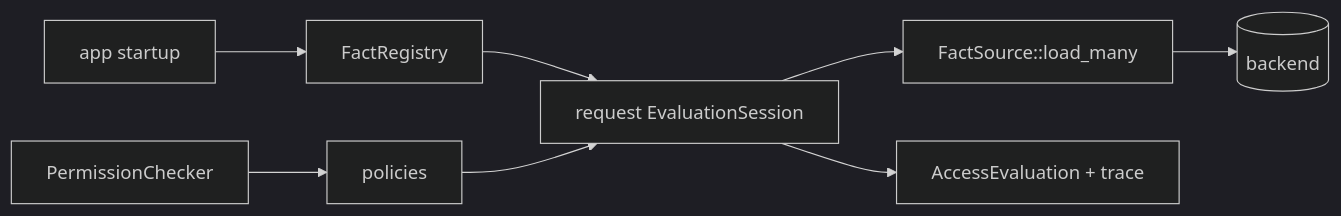
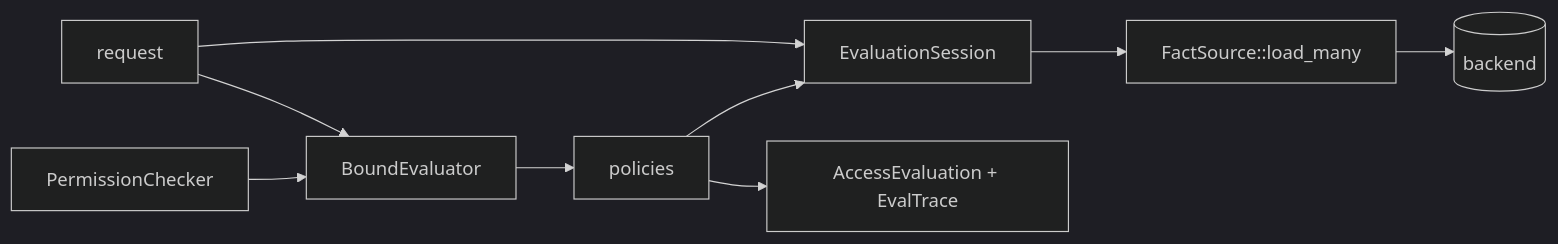
The first of 2 diagrams in README.md (thepartly/gatehouse), drawn with Mermaid (dark theme) before and after one commit. The commit also changed other lines of this file and 30 other files, not shown here.

````diff
--- a/README.md
+++ b/README.md
@@ -133,10 +105,11 @@
 ```mermaid
 flowchart LR
-    App[app startup] --> Registry[FactRegistry]
-    Registry --> Session[request EvaluationSession]
-    Checker[PermissionChecker] --> Policy[policies]
-    Policy --> Session
-    Session --> Source[FactSource::load_many]
-    Source --> Backend[(backend)]
-    Session --> Trace[AccessEvaluation + trace]
+    Request[request] --> Session[EvaluationSession]
+    Request --> Bound[BoundEvaluator]
+    Checker[PermissionChecker] --> Bound
+    Bound --> Policies[policies]
+    Policies --> Session
+    Session --> Facts[FactSource::load_many]
+    Facts --> Backend[(backend)]
+    Policies --> Decision[AccessEvaluation + EvalTrace]
 ```
````
